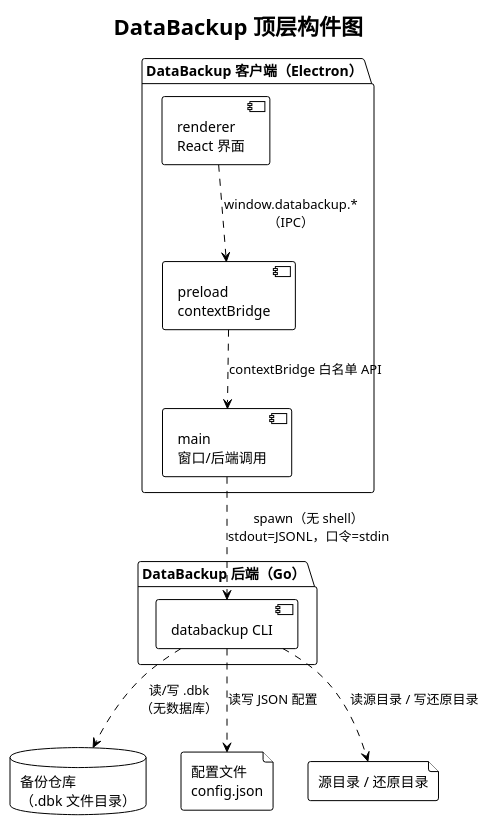
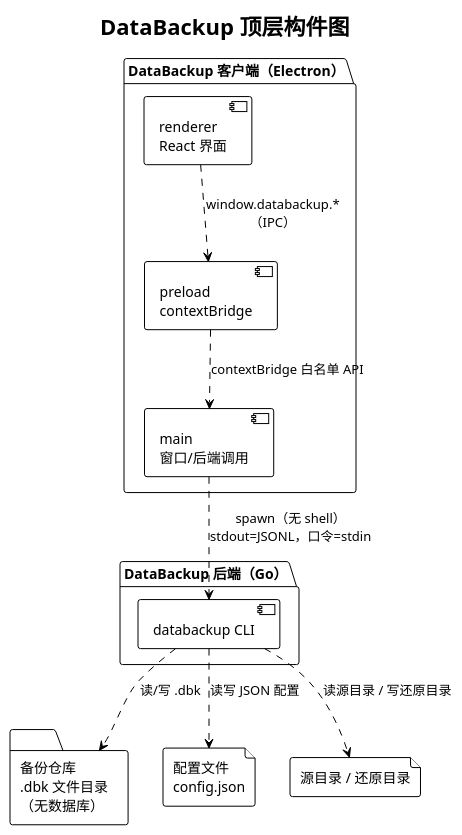
The diagram in docs/deliverables/diagrams/component-top.puml (Piaoxuemoli/software-class-qoobeewang), drawn with PlantUML before and after one commit. The commit also changed 26 other files, not shown here.

```diff
--- a/docs/deliverables/diagrams/component-top.puml
+++ b/docs/deliverables/diagrams/component-top.puml
@@ -1,31 +1,31 @@
 @startuml component-top
 !theme plain
 <style>
 node {
   Padding 6
 }
 rectangle {
   Padding 6
 }
 </style>
 title DataBackup 顶层构件图
 
 package "DataBackup 客户端（Electron）" {
   [renderer\nReact 界面] as renderer
   [preload\ncontextBridge] as preload
   [main\n窗口/后端调用] as mainp
 }
 package "DataBackup 后端（Go）" {
   [databackup CLI] as cli
 }
-database "备份仓库\n（.dbk 文件目录）" as repo
+folder "备份仓库\n.dbk 文件目录\n（无数据库）" as repo
 file "配置文件\nconfig.json" as conf
 file "源目录 / 还原目录" as fs
 
 renderer ..> preload : window.databackup.*\n（IPC）
 preload ..> mainp : contextBridge 白名单 API
 mainp ..> cli : spawn（无 shell）\nstdout=JSONL，口令=stdin
-cli ..> repo : 读/写 .dbk\n（无数据库）
+cli ..> repo : 读/写 .dbk
 cli ..> conf : 读写 JSON 配置
 cli ..> fs : 读源目录 / 写还原目录
 @enduml
```
